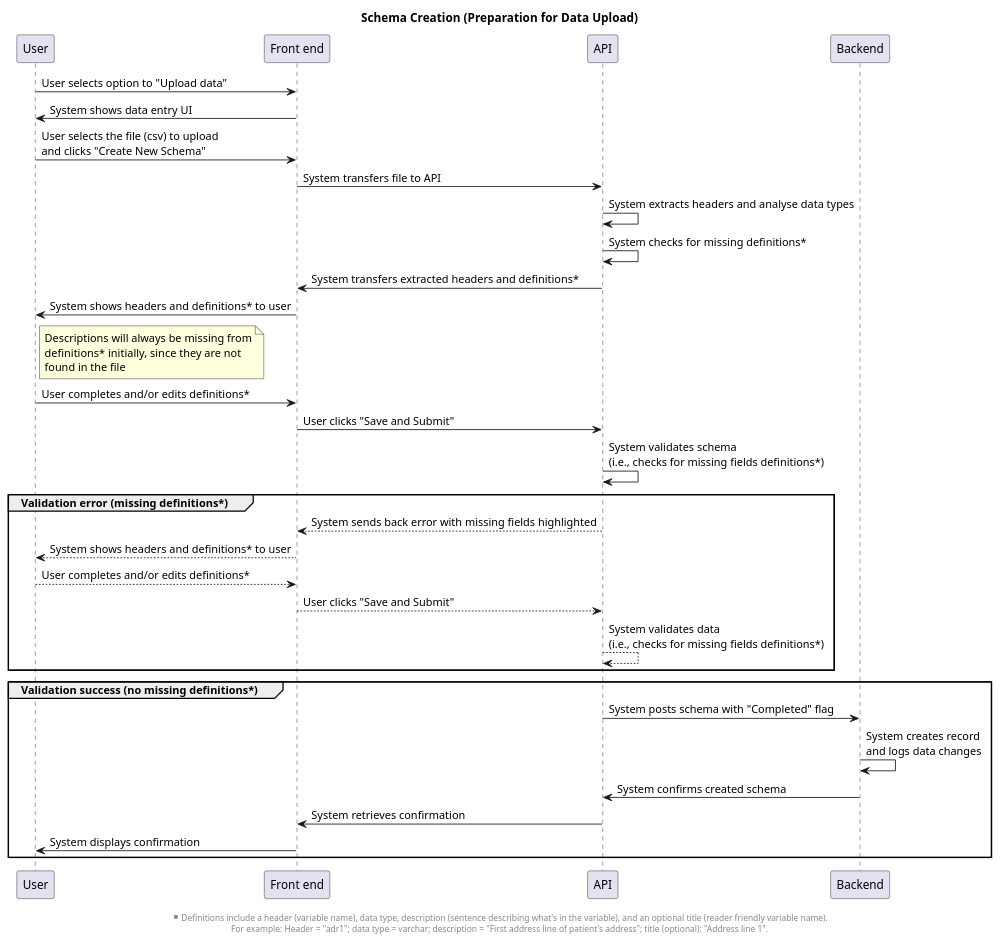
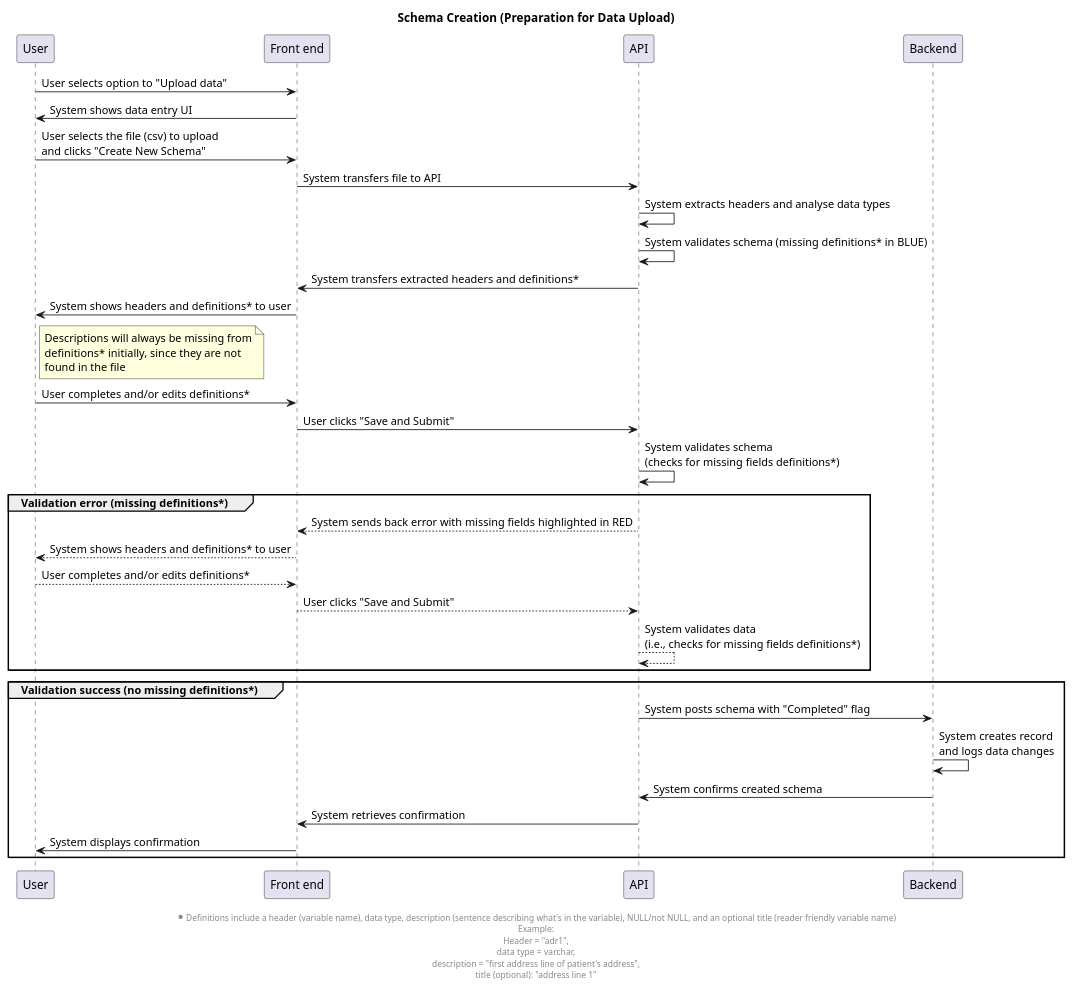
Before and after one commit to signekb/seedcase-sprout: the diagram in docs/design/images/schema-creation-sequence.puml, drawn with PlantUML. The commit also changed 1 other file, not shown here.

```diff
--- a/docs/design/images/schema-creation-sequence.puml
+++ b/docs/design/images/schema-creation-sequence.puml
@@ -1,45 +1,45 @@
 @startuml schema-creation-sequence
 
 title Schema Creation (Preparation for Data Upload)
 ' User prepares to upload data by creating data schema
 
 participant "User" as u
 participant "Front end" as f
 participant "API" as api
 participant "Backend" as b
 
 u -> f: User selects option to "Upload data"
 f -> u: System shows data entry UI
 u -> f: User selects the file (csv) to upload\nand clicks "Create New Schema"
 ' What "schema" means might not be understandable for all users. Description needed?
 f -> api: System transfers file to API
 api -> api: System extracts headers and analyse data types
-api -> api: System checks for missing definitions*
+api -> api: System validates schema (missing definitions* in BLUE) 
 api -> f: System transfers extracted headers and definitions*
 ' HOTSPOT: Data ingress file life cycle?
 f -> u: System shows headers and definitions* to user
 note right of u
     Descriptions will always be missing from
     definitions* initially, since they are not
     found in the file
 end note
 u -> f: User completes and/or edits definitions*
 f -> api: User clicks "Save and Submit"
-api -> api: System validates schema\n(i.e., checks for missing fields definitions*)
+api -> api: System validates schema\n(checks for missing fields definitions*)
 group Validation error (missing definitions*)
-    api --> f: System sends back error with missing fields highlighted
+    api --> f: System sends back error with missing fields highlighted in RED
     f --> u: System shows headers and definitions* to user
     u --> f: User completes and/or edits definitions*
     f --> api: User clicks "Save and Submit"
     api --> api: System validates data\n(i.e., checks for missing fields definitions*)
 end
 group Validation success (no missing definitions*)
     api -> b: System posts schema with "Completed" flag
     b -> b : System creates record\nand logs data changes
     b -> api: System confirms created schema
     api -> f: System retrieves confirmation
     f -> u: System displays confirmation
 end
-footer \n*Definitions include a header (variable name), data type, description (sentence describing what's in the variable), and an optional title (reader friendly variable name).\nFor example: Header = "adr1"; data type = varchar; description = "First address line of patient's address"; title (optional): "Address line 1".
+footer \n*Definitions include a header (variable name), data type, description (sentence describing what's in the variable), NULL/not NULL, and an optional title (reader friendly variable name)\nExample:\nHeader = "adr1",\ndata type = varchar,\ndescription = "first address line of patient's address",\ntitle (optional): "address line 1"
 
 @enduml
```
